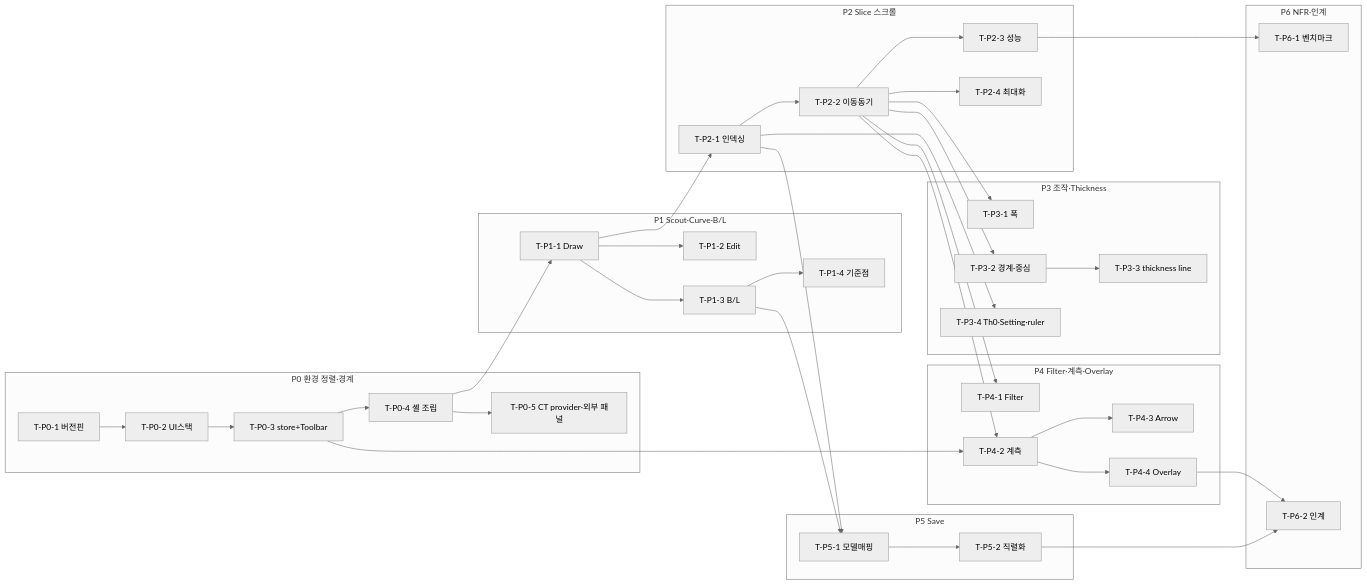
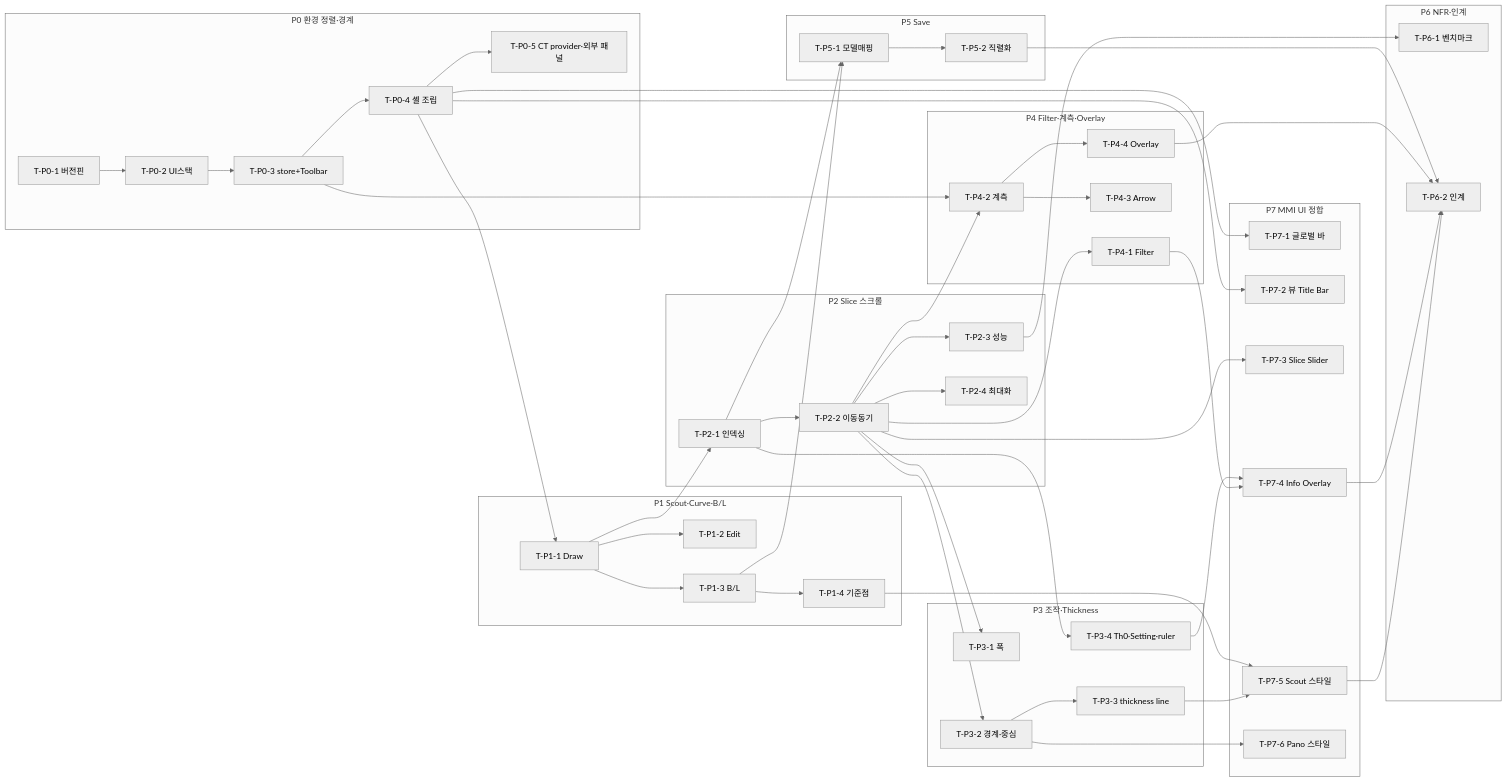
Before and after one commit to gracegyu/scp-architecture: the diagram in docs/SCP Cloud Server 연구/뷰어 관련 연구/WebSectionView/Cloud Web Viewer v1.3.2/Section-Module-ImplementationPlan.md, drawn with Mermaid (neutral theme). The commit also changed other lines of this file, not shown here.

Commit message:
문서 업데이트: Cloud Web Viewer v1.3.2의 Section 모듈 구현 계획을 최신 상태로 반영하고, MMI UI 정합 관련 세부 사항을 추가하여 각 작업의 진행 상황을 구체화하였습니다. 현재 버전을 v0.2로 업데이트하고, P7 태스크의 세부 사항을 명확히 하여 프로젝트의 실행 전략을 강화하였습니다.

````diff
--- a/docs/SCP Cloud Server 연구/뷰어 관련 연구/WebSectionView/Cloud Web Viewer v1.3.2/Section-Module-ImplementationPlan.md
+++ b/docs/SCP Cloud Server 연구/뷰어 관련 연구/WebSectionView/Cloud Web Viewer v1.3.2/Section-Module-ImplementationPlan.md
@@ -471,41 +574,58 @@
 ```mermaid
 flowchart LR
   subgraph P0[P0 환경 정렬·경계]
     T0a[T-P0-1 버전핀] --> T0b[T-P0-2 UI스택] --> T0c[T-P0-3 store+Toolbar] --> T0d[T-P0-4 셸 조립]
     T0d --> T0e[T-P0-5 CT provider·외부 패널]
   end
   subgraph P1[P1 Scout·Curve·B/L]
     T1a[T-P1-1 Draw] --> T1b[T-P1-2 Edit]
     T1a --> T1c[T-P1-3 B/L] --> T1d[T-P1-4 기준점]
   end
   subgraph P2[P2 Slice 스크롤]
     T2a[T-P2-1 인덱싱] --> T2b[T-P2-2 이동동기] --> T2c[T-P2-3 성능]
     T2b --> T2d[T-P2-4 최대화]
   end
   subgraph P3[P3 조작·Thickness]
     T3a[T-P3-1 폭] 
     T3b[T-P3-2 경계·중심] --> T3c[T-P3-3 thickness line]
     T3d[T-P3-4 Th0·Setting·ruler]
   end
   subgraph P4[P4 Filter·계측·Overlay]
     T4a[T-P4-1 Filter]
     T4b[T-P4-2 계측] --> T4c[T-P4-3 Arrow]
     T4b --> T4d[T-P4-4 Overlay]
   end
   subgraph P5[P5 Save]
     T5a[T-P5-1 모델매핑] --> T5b[T-P5-2 직렬화]
   end
+  subgraph P7[P7 MMI UI 정합]
+    T7a[T-P7-1 글로벌 바]
+    T7b[T-P7-2 뷰 Title Bar]
+    T7c[T-P7-3 Slice Slider]
+    T7d[T-P7-4 Info Overlay]
+    T7e[T-P7-5 Scout 스타일]
+    T7f[T-P7-6 Pano 스타일]
+  end
   subgraph P6[P6 NFR·인계]
     T6a[T-P6-1 벤치마크]
     T6b[T-P6-2 인계]
   end
   T0d --> T1a
   T1a --> T2a
   T2b --> T3a & T3b & T4a & T4b
   T2a --> T3d & T5a
   T0c --> T4b
   T1c --> T5a
   T2c --> T6a
   T5b --> T6b
   T4d --> T6b
+  T0d --> T7a & T7b
+  T2b --> T7c
+  T3d --> T7d
+  T4a --> T7d
+  T1d --> T7e
+  T3c --> T7e
+  T3b --> T7f
+  T7d --> T6b
+  T7e --> T6b
 ```
````
